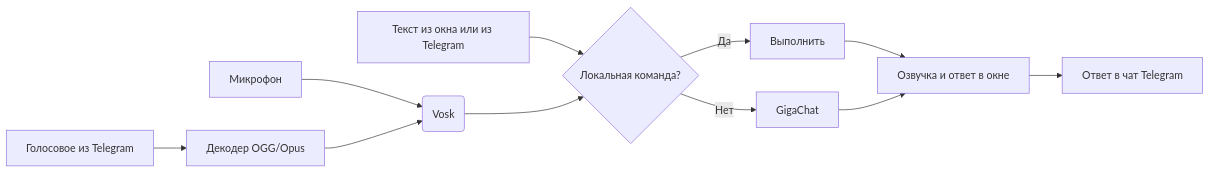
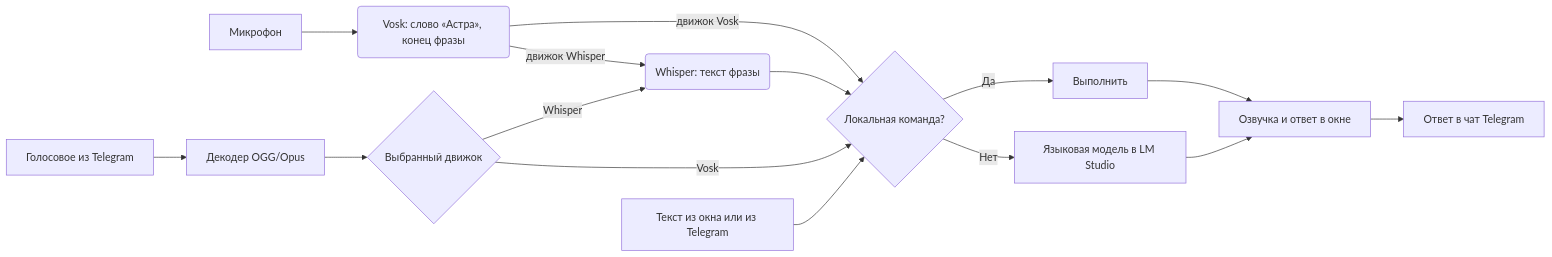
One commit to Inlerno/Voice_Assistant changed the diagram in README.md. Above: the diagram before and after it, drawn with Mermaid. The commit also changed other lines of this file and 30 other files, not shown here.

````diff
--- a/README.md
+++ b/README.md
@@ -422,12 +471,16 @@
 ```mermaid
 graph LR
-  A[Микрофон] --> B(Vosk)
-  T[Голосовое из Telegram] --> W[Декодер OGG/Opus] --> B
+  A[Микрофон] --> B(Vosk: слово «Астра», конец фразы)
+  B -->|движок Vosk| C{Локальная команда?}
+  B -->|движок Whisper| H(Whisper: текст фразы)
+  H --> C
+  T[Голосовое из Telegram] --> W[Декодер OGG/Opus] --> S{Выбранный движок}
+  S -->|Vosk| C
+  S -->|Whisper| H
   X[Текст из окна или из Telegram] --> C
-  B --> C{Локальная команда?}
   C -->|Да| D[Выполнить]
-  C -->|Нет| E[ GigaChat]
+  C -->|Нет| E[Языковая модель в LM Studio]
   D --> F[Озвучка и ответ в окне]
   E --> F
   F --> G[Ответ в чат Telegram]
 ```
````
